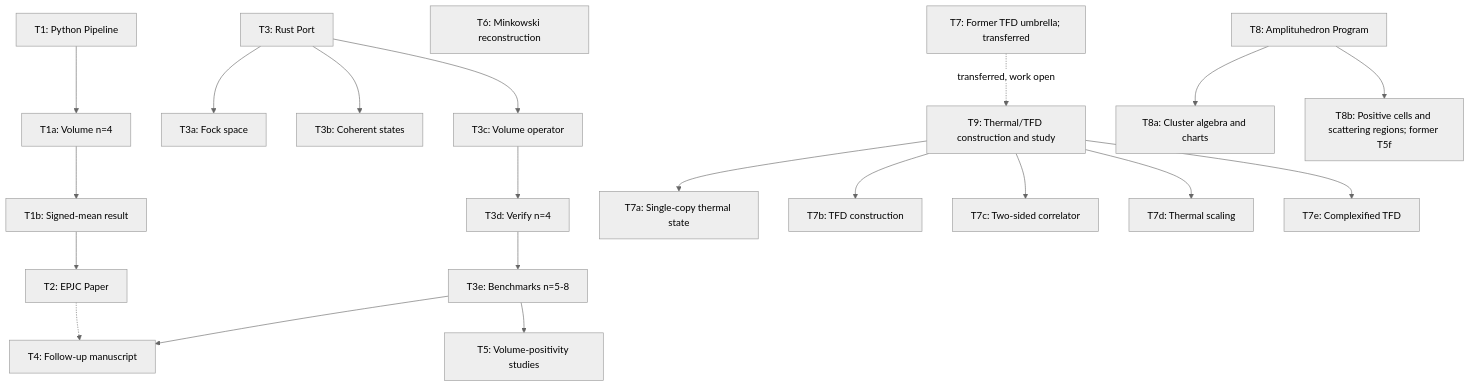
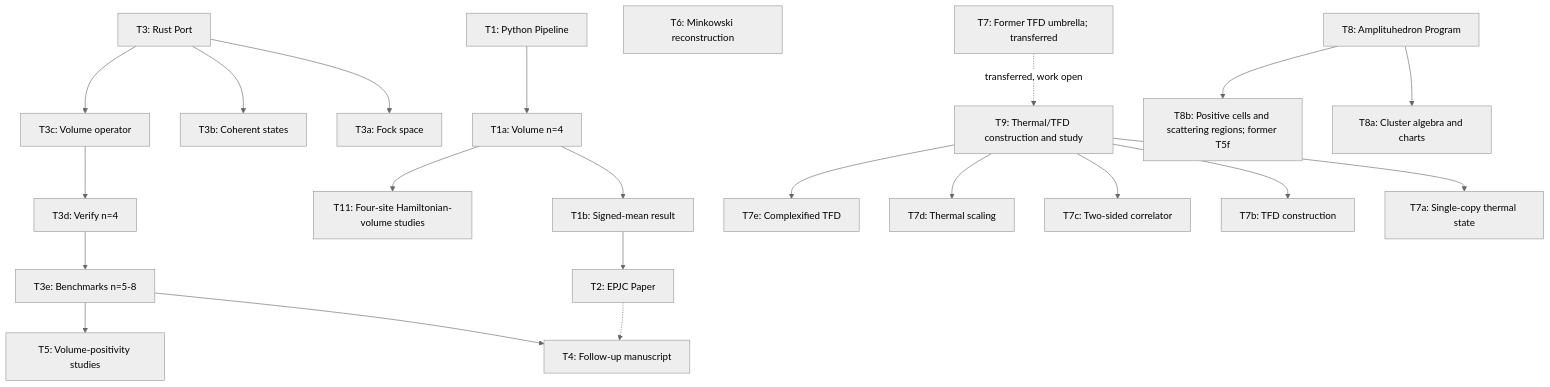
The diagram in memory-bank/tasks.md (space-cadet/lqg-scattering), drawn with Mermaid (neutral theme) before and after one commit. The commit also changed other lines of this file and 353 other files, not shown here.

````diff
--- a/memory-bank/tasks.md
+++ b/memory-bank/tasks.md
@@ -365,44 +373,46 @@
 ```mermaid
 graph TD
     T1[T1: Python Pipeline]
     T1a[T1a: Volume n=4]
     T1b[T1b: Signed-mean result]
     T2[T2: EPJC Paper]
     T3[T3: Rust Port]
     T3a[T3a: Fock space]
     T3b[T3b: Coherent states]
     T3c[T3c: Volume operator]
     T3d[T3d: Verify n=4]
     T3e[T3e: Benchmarks n=5-8]
     T4[T4: Follow-up manuscript]
     T5[T5: Volume-positivity studies]
     T6[T6: Minkowski reconstruction]
     T7[T7: Former TFD umbrella; transferred]
     T7a[T7a: Single-copy thermal state]
     T7b[T7b: TFD construction]
     T7c[T7c: Two-sided correlator]
     T7d[T7d: Thermal scaling]
     T7e[T7e: Complexified TFD]
     T8[T8: Amplituhedron Program]
     T9[T9: Thermal/TFD construction and study]
     T8a[T8a: Cluster algebra and charts]
     T8b[T8b: Positive cells and scattering regions; former T5f]
+    T11[T11: Four-site Hamiltonian-volume studies]
 
     T1 --> T1a --> T1b --> T2
     T3 --> T3a
     T3 --> T3b
     T3 --> T3c
     T3c --> T3d
     T3d --> T3e
     T3e --> T4
     T2 -.-> T4
     T3e --> T5
     T8 --> T8a
     T8 --> T8b
     T7 -. transferred, work open .-> T9
     T9 --> T7a
     T9 --> T7b
     T9 --> T7c
     T9 --> T7d
     T9 --> T7e
+    T1a --> T11
 ```
````
